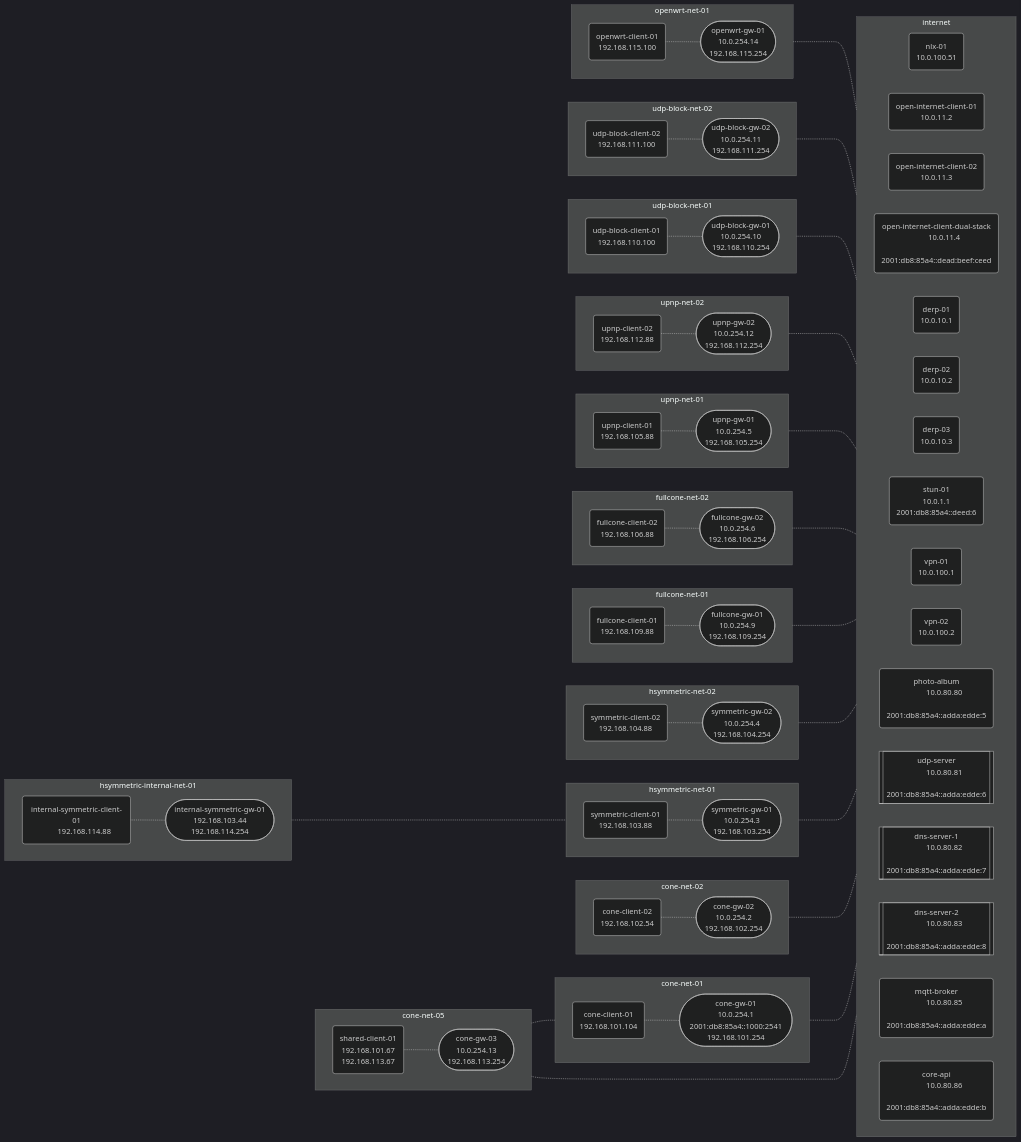
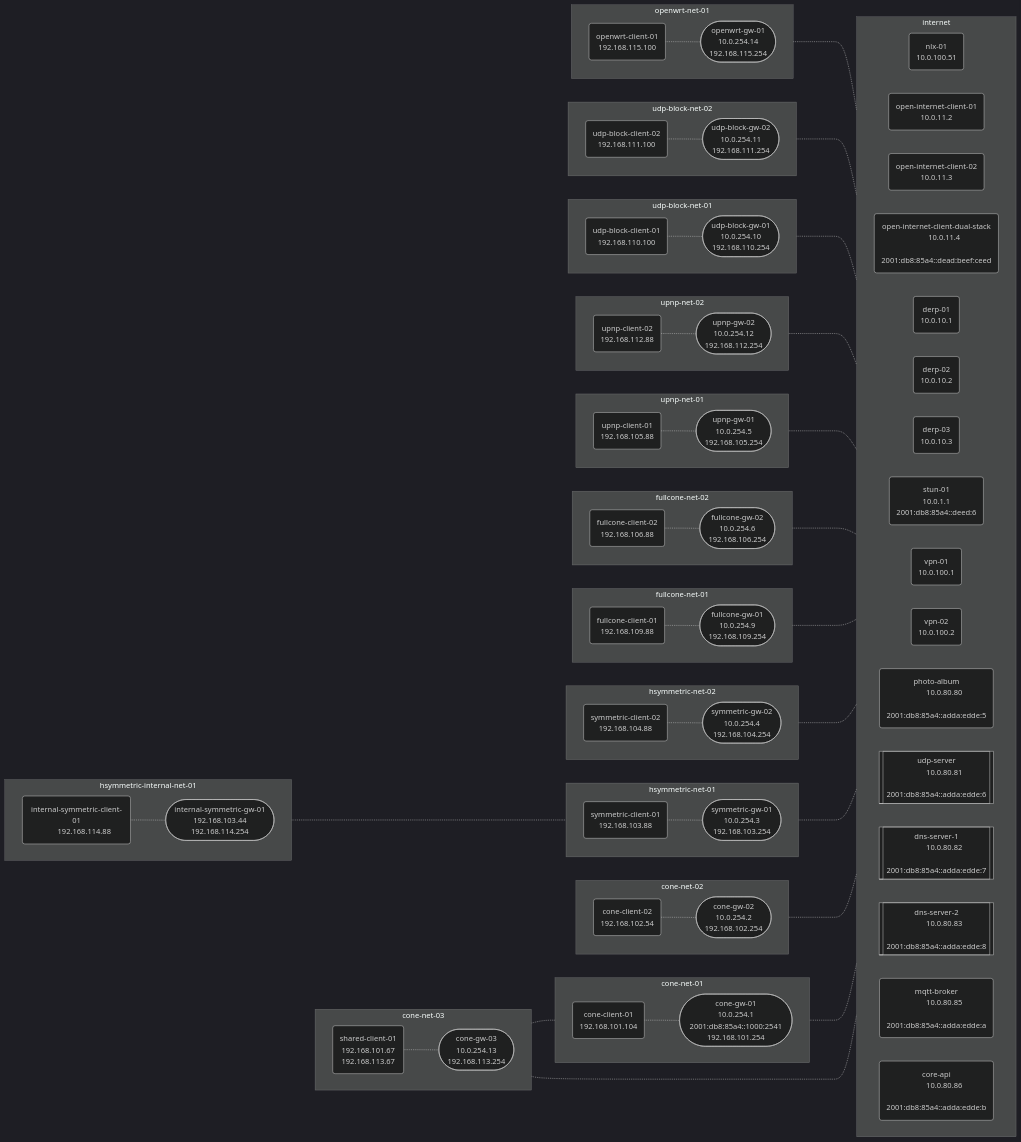
The diagram in nat-lab/network.md (NordSecurity/libtelio), drawn with Mermaid (dark theme) before and after one commit. The commit also changed 2 other files, not shown here.

Commit message:
fix leftover conet-05 reference

```diff
--- a/nat-lab/network.md
+++ b/nat-lab/network.md
@@ -48,8 +48,8 @@
         2001:db8:85a4::adda:edde:b")
   end
 
-  %% Network cone-net-05
-  subgraph cone-net-05[cone-net-05]
+  %% Network cone-net-03
+  subgraph cone-net-03[cone-net-03]
   direction LR
     shared-client-01("shared-client-01
         192.168.101.67
```
